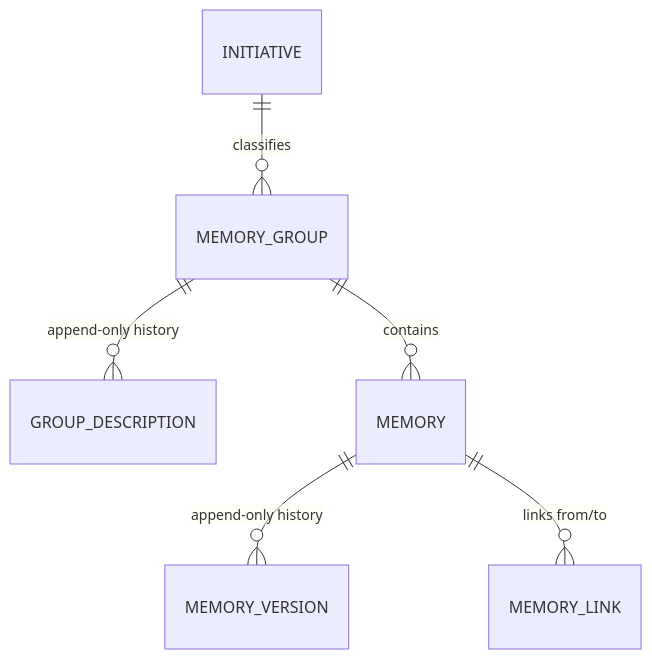
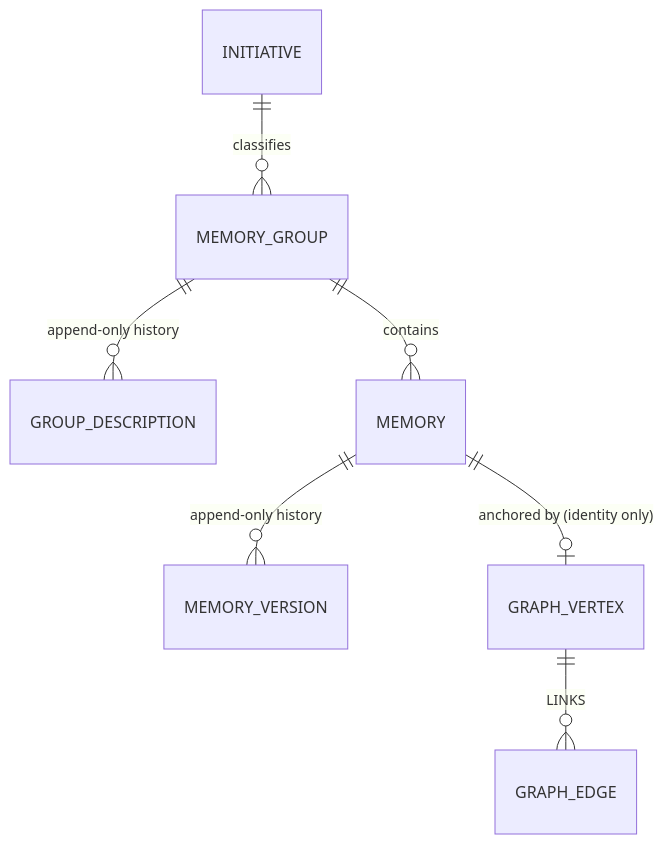
One commit to generic-automation-and-it/smooth-ai-product-context-memory changed the diagram in src/SmoothAiProductContextMemory.Infrastructure/Persistence/PERSISTENCE_AGENTS.md. Above: the diagram before and after it, drawn with Mermaid. The commit also changed other lines of this file and 36 other files, not shown here.

First line of the commit message:
feat(persistence): replace memory_link with AGE graph edges

````diff
--- a/src/SmoothAiProductContextMemory.Infrastructure/Persistence/PERSISTENCE_AGENTS.md
+++ b/src/SmoothAiProductContextMemory.Infrastructure/Persistence/PERSISTENCE_AGENTS.md
@@ -22,8 +26,9 @@
 ```mermaid
 erDiagram
     INITIATIVE ||--o{ MEMORY_GROUP : classifies
     MEMORY_GROUP ||--o{ GROUP_DESCRIPTION : "append-only history"
     MEMORY_GROUP ||--o{ MEMORY : contains
     MEMORY ||--o{ MEMORY_VERSION : "append-only history"
-    MEMORY ||--o{ MEMORY_LINK : "links from/to"
+    MEMORY ||--o| GRAPH_VERTEX : "anchored by (identity only)"
+    GRAPH_VERTEX ||--o{ GRAPH_EDGE : "LINKS"
 ```
````
